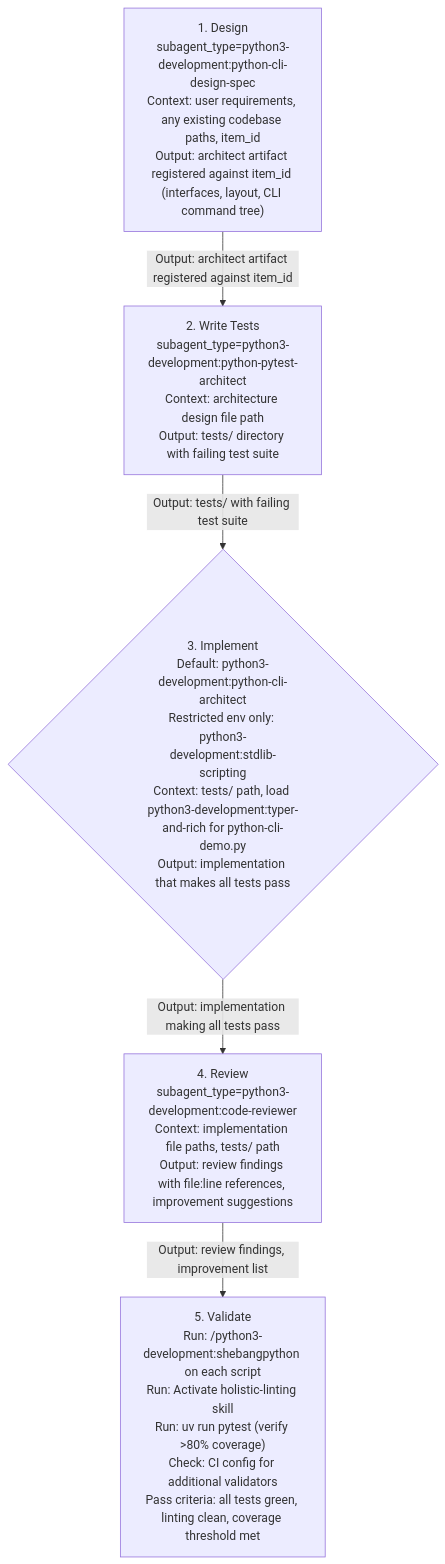
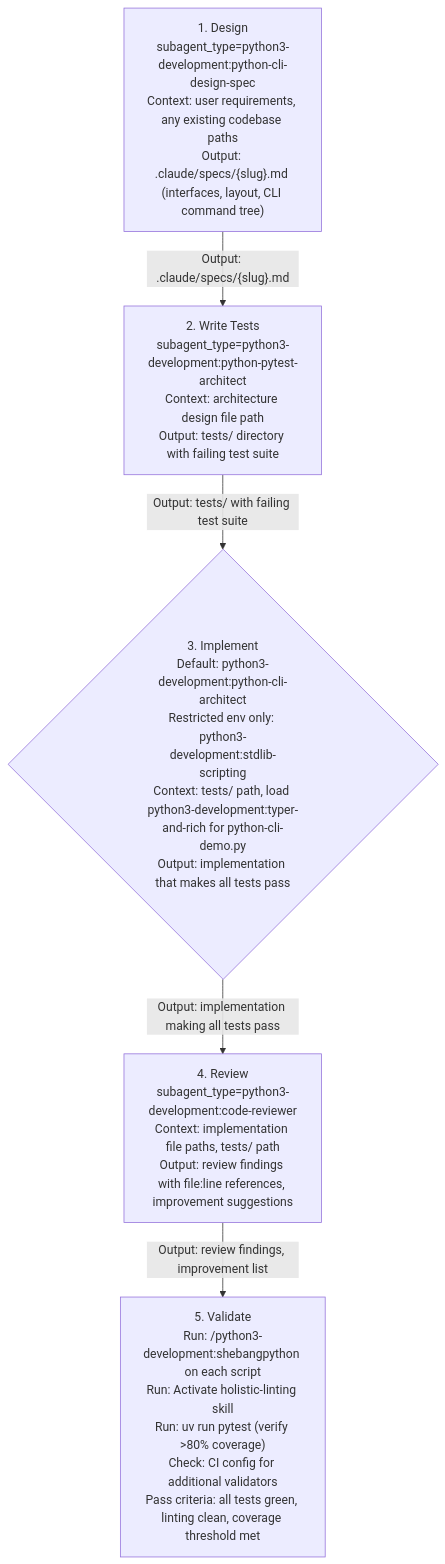
The first of 6 diagrams in plugins/python3-development/skills/python3-development/references/python-development-orchestration.md (Jamie-BitFlight/claude_skills), drawn with Mermaid before and after one commit. The commit also changed other lines of this file and 85 other files, not shown here.

````diff
--- a/plugins/python3-development/skills/python3-development/references/python-development-orchestration.md
+++ b/plugins/python3-development/skills/python3-development/references/python-development-orchestration.md
@@ -58,12 +54,12 @@
 ```mermaid
 flowchart TD
-    S1["1. Design<br>subagent_type=python3-development:python-cli-design-spec<br>Context: user requirements, any existing codebase paths, item_id<br>Output: architect artifact registered against item_id (interfaces, layout, CLI command tree)"]
+    S1["1. Design<br>subagent_type=python3-development:python-cli-design-spec<br>Context: user requirements, any existing codebase paths<br>Output: .claude/specs/{slug}.md (interfaces, layout, CLI command tree)"]
     S2["2. Write Tests<br>subagent_type=python3-development:python-pytest-architect<br>Context: architecture design file path<br>Output: tests/ directory with failing test suite"]
     S3{"3. Implement<br>Default: python3-development:python-cli-architect<br>Restricted env only: python3-development:stdlib-scripting<br>Context: tests/ path, load python3-development:typer-and-rich for python-cli-demo.py<br>Output: implementation that makes all tests pass"}
     S4["4. Review<br>subagent_type=python3-development:code-reviewer<br>Context: implementation file paths, tests/ path<br>Output: review findings with file:line references, improvement suggestions"]
     S5["5. Validate<br>Run: /python3-development:shebangpython on each script<br>Run: Activate holistic-linting skill<br>Run: uv run pytest (verify >80% coverage)<br>Check: CI config for additional validators<br>Pass criteria: all tests green, linting clean, coverage threshold met"]
-    S1 -->|"Output: architect artifact registered against item_id"| S2
+    S1 -->|"Output: .claude/specs/{slug}.md"| S2
     S2 -->|"Output: tests/ with failing test suite"| S3
     S3 -->|"Output: implementation making all tests pass"| S4
     S4 -->|"Output: review findings, improvement list"| S5
 ```
````
